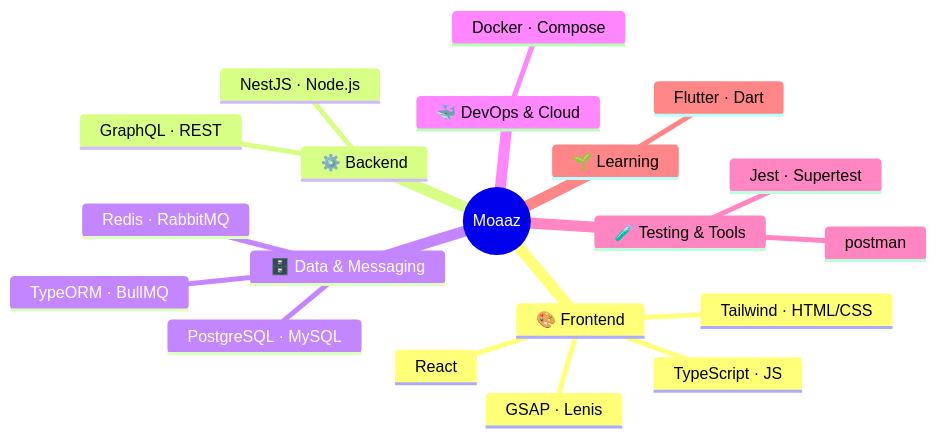
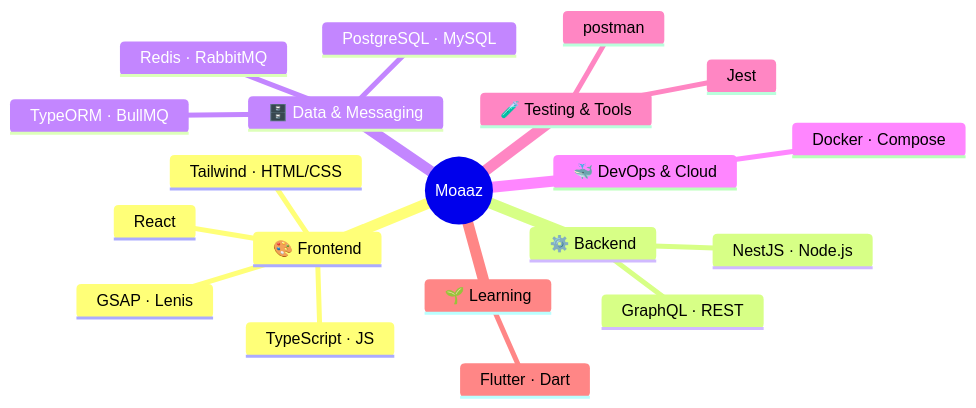
The diagram in README.md (MoaazHF/MoaazHF), drawn with Mermaid before and after one commit. The commit also changed other lines of this file, not shown here.

````diff
--- a/README.md
+++ b/README.md
@@ -92,23 +89,23 @@
 ```mermaid
 mindmap
   root((Moaaz))
     🎨 Frontend
       React
       TypeScript · JS
       Tailwind · HTML/CSS
       GSAP · Lenis
     ⚙️ Backend
       NestJS · Node.js
       GraphQL · REST
     🗄️ Data & Messaging
       PostgreSQL · MySQL
       Redis · RabbitMQ
       TypeORM · BullMQ
     🐳 DevOps & Cloud
       Docker · Compose
     🧪 Testing & Tools
       postman
-      Jest · Supertest
+      Jest
     🌱 Learning
       Flutter · Dart
 ```
````
